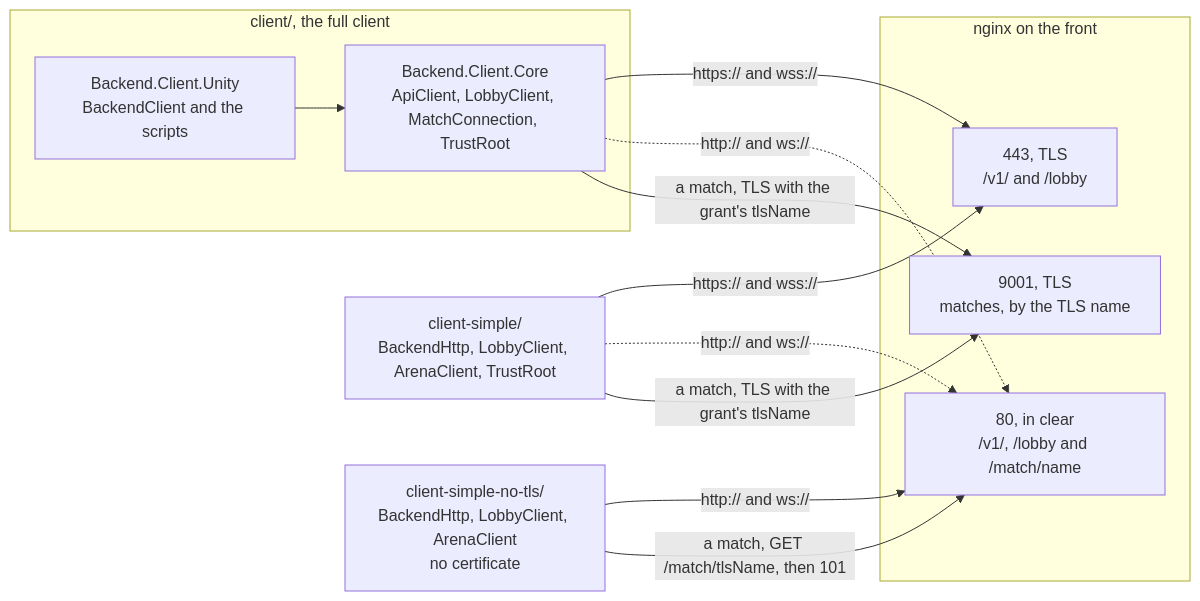
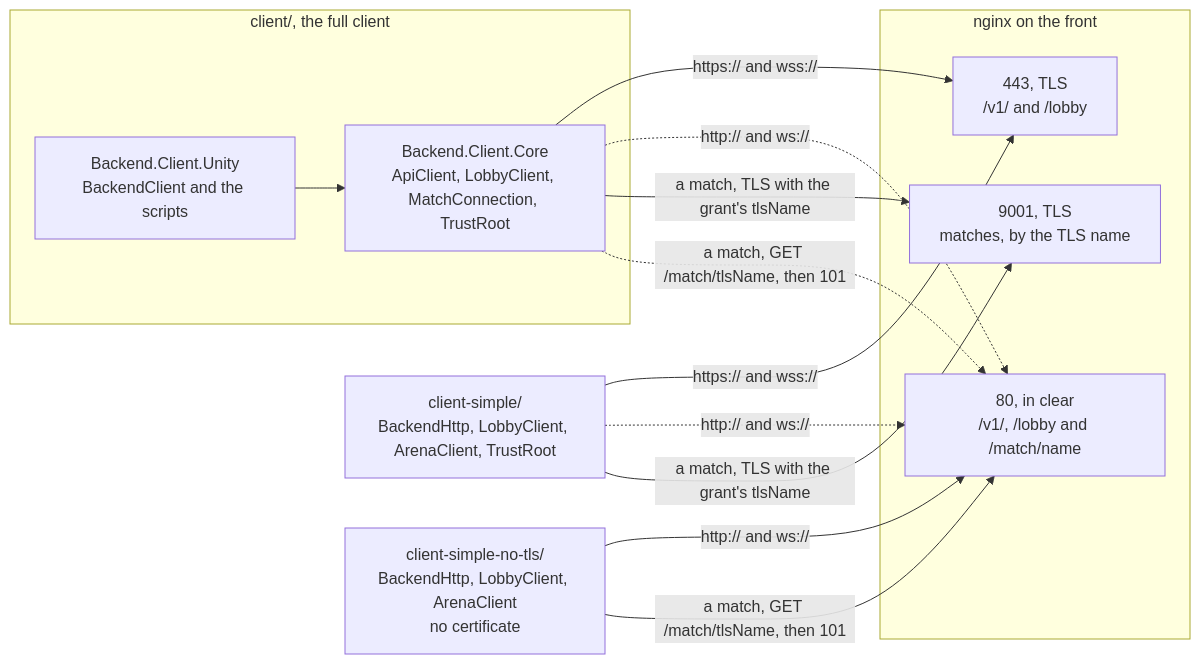
Before and after one commit to greensoft-atom/depio-simulation-platform: diagram 13 of 13 in docs/diagrams/06-client.md, drawn with Mermaid. The commit also changed other lines of this file and 64 other files, not shown here.

````diff
--- a/docs/diagrams/06-client.md
+++ b/docs/diagrams/06-client.md
@@ -654,23 +677,24 @@
 ```mermaid
 flowchart LR
     subgraph full["client/, the full client"]
         unity["Backend.Client.Unity<br/>BackendClient and the scripts"]
         core["Backend.Client.Core<br/>ApiClient, LobbyClient, MatchConnection, TrustRoot"]
     end
     simple["client-simple/<br/>BackendHttp, LobbyClient, ArenaClient, TrustRoot"]
     plain["client-simple-no-tls/<br/>BackendHttp, LobbyClient, ArenaClient<br/>no certificate"]
     subgraph front["nginx on the front"]
         p443["443, TLS<br/>/v1/ and /lobby"]
         p9001["9001, TLS<br/>matches, by the TLS name"]
         p80["80, in clear<br/>/v1/, /lobby and /match/name"]
     end
     unity --> core
     core -->|"https:// and wss://"| p443
     core -.->|"http:// and ws://"| p80
     core -->|"a match, TLS with the grant's tlsName"| p9001
+    core -.->|"a match, GET /match/tlsName, then 101"| p80
     simple -->|"https:// and wss://"| p443
     simple -.->|"http:// and ws://"| p80
     simple -->|"a match, TLS with the grant's tlsName"| p9001
     plain -->|"http:// and ws://"| p80
     plain -->|"a match, GET /match/tlsName, then 101"| p80
 ```
````
